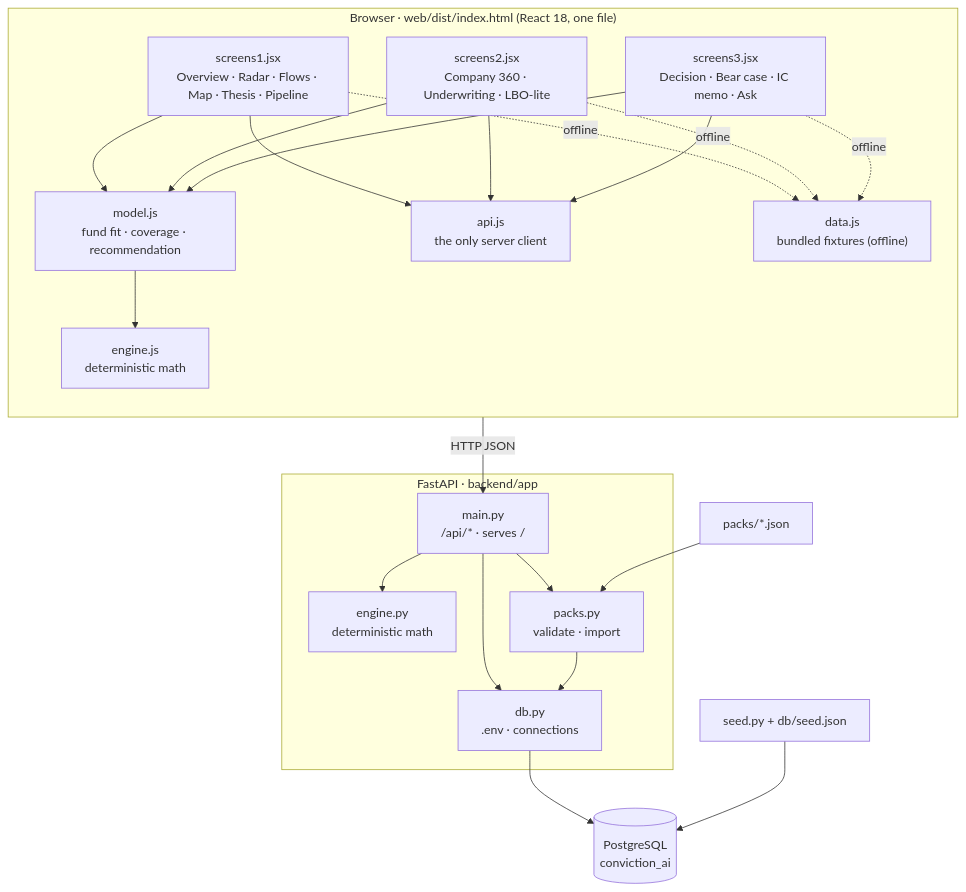
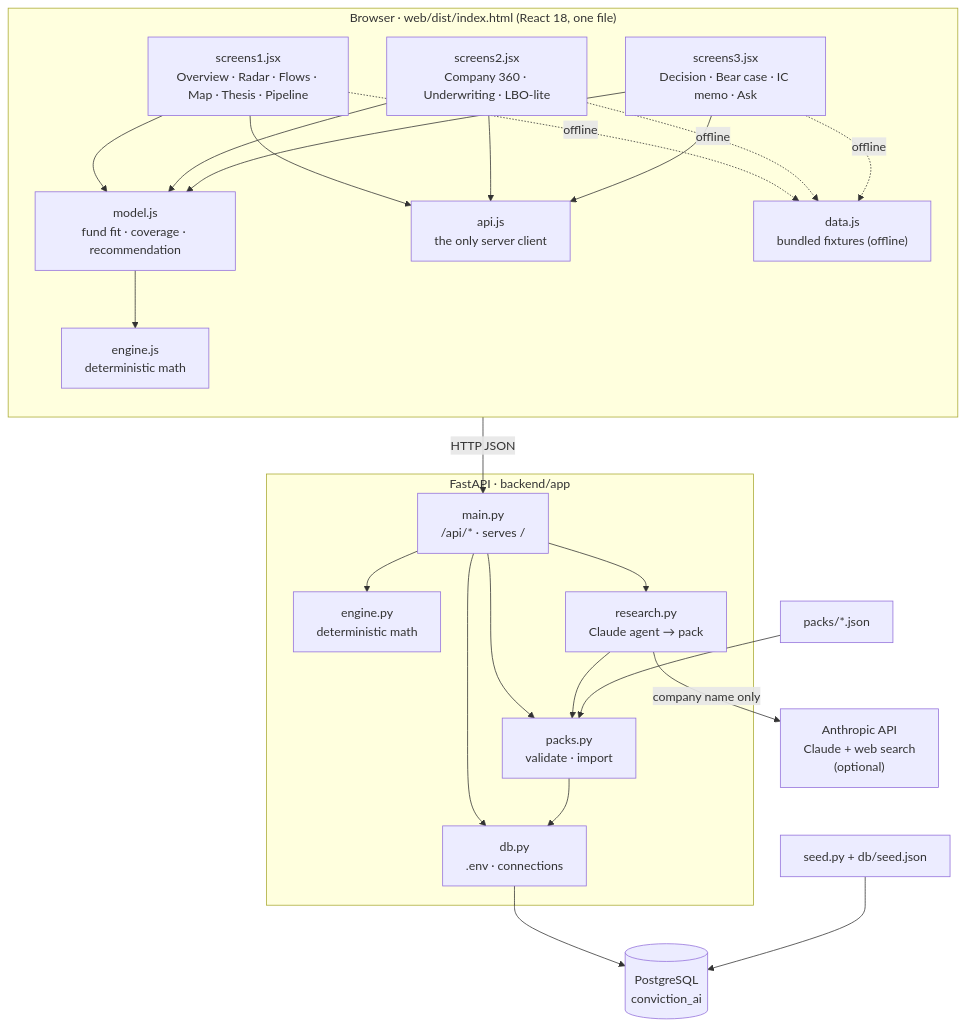
Before and after one commit to hithakishore-all/ai-product-leadership-portfolio: the first of 6 diagrams in ConvictionAI/docs/ARCHITECTURE.md, drawn with Mermaid. The commit also changed other lines of this file and 30 other files, not shown here.

````diff
--- a/ConvictionAI/docs/ARCHITECTURE.md
+++ b/ConvictionAI/docs/ARCHITECTURE.md
@@ -18,33 +18,38 @@
 ```mermaid
 flowchart TB
   subgraph Browser["Browser · web/dist/index.html (React 18, one file)"]
     direction TB
     S1["screens1.jsx<br/>Overview · Radar · Flows · Map · Thesis · Pipeline"]
     S2["screens2.jsx<br/>Company 360 · Underwriting · LBO-lite"]
     S3["screens3.jsx<br/>Decision · Bear case · IC memo · Ask"]
     M["model.js<br/>fund fit · coverage · recommendation"]
     JE["engine.js<br/>deterministic math"]
     FX["data.js<br/>bundled fixtures (offline)"]
     A["api.js<br/>the only server client"]
     S1 & S2 & S3 --> M --> JE
     S1 & S2 & S3 --> A
     S1 & S2 & S3 -.offline.-> FX
   end
   subgraph Server["FastAPI · backend/app"]
     MAIN["main.py<br/>/api/* · serves / "]
     ENG["engine.py<br/>deterministic math"]
     PK["packs.py<br/>validate · import"]
+    RS["research.py<br/>Claude agent → pack"]
     DBP["db.py<br/>.env · connections"]
     MAIN --> ENG
     MAIN --> PK
+    MAIN --> RS
+    RS --> PK
     MAIN --> DBP
     PK --> DBP
   end
   PG[("PostgreSQL<br/>conviction_ai")]
   SEED["seed.py + db/seed.json"]
   PACKS["packs/*.json"]
+  CL["Anthropic API<br/>Claude + web search<br/>(optional)"]
+  RS -- "company name only" --> CL
   A -- "HTTP JSON" --> MAIN
   DBP --> PG
   SEED --> PG
   PACKS --> PK
 ```
````
